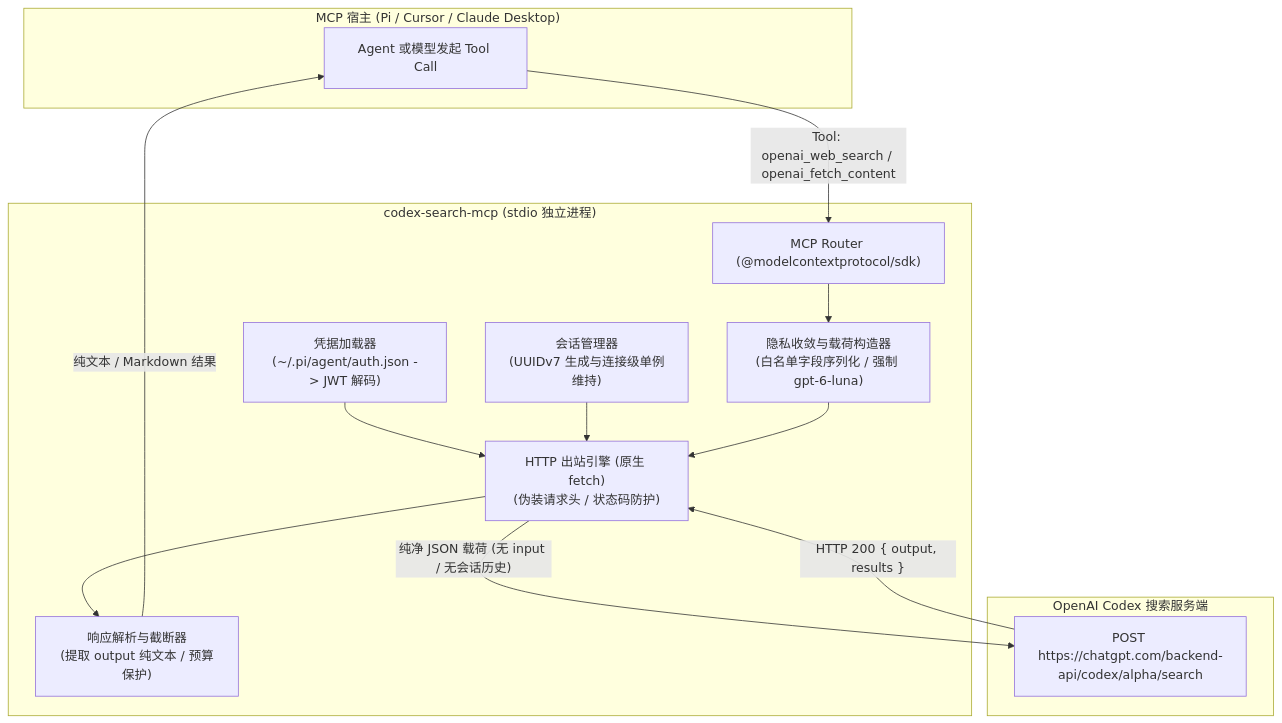
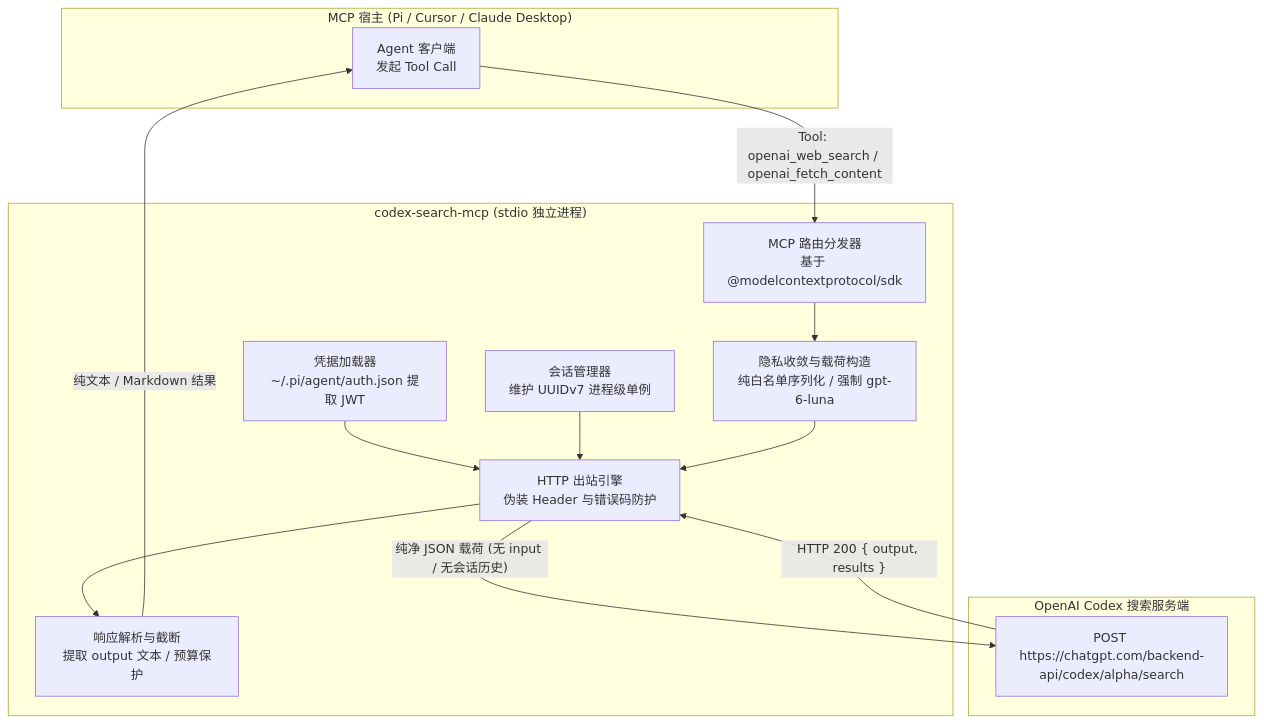
One commit to 0xTimi2233/codex-search-mcp changed the diagram in docs/SPEC.md. Above: the diagram before and after it, drawn with Mermaid.

Commit message:
docs(spec): 将架构流程图更新为标准 flowchart TB 规范

````diff
--- a/docs/SPEC.md
+++ b/docs/SPEC.md
@@ -47,30 +47,30 @@
 ```mermaid
-flowchart TD
+flowchart TB
     subgraph Host["MCP 宿主 (Pi / Cursor / Claude Desktop)"]
-        Caller["Agent 或模型发起 Tool Call"]
+        Caller["Agent 客户端<br>发起 Tool Call"]
     end
 
     subgraph Server["codex-search-mcp (stdio 独立进程)"]
-        Dispatcher["MCP Router (@modelcontextprotocol/sdk)"]
-        AuthModule["凭据加载器<br>(~/.pi/agent/auth.json -> JWT 解码)"]
-        SessionMgr["会话管理器<br>(UUIDv7 生成与连接级单例维持)"]
-        Sanitizer["隐私收敛与载荷构造器<br>(白名单字段序列化 / 强制 gpt-6-luna)"]
-        Network["HTTP 出站引擎 (原生 fetch)<br>(伪装请求头 / 状态码防护)"]
-        Parser["响应解析与截断器<br>(提取 output 纯文本 / 预算保护)"]
+        Dispatcher["MCP 路由分发器<br>基于 @modelcontextprotocol/sdk"]
+        AuthModule["凭据加载器<br>~/.pi/agent/auth.json 提取 JWT"]
+        SessionMgr["会话管理器<br>维护 UUIDv7 进程级单例"]
+        Sanitizer["隐私收敛与载荷构造<br>纯白名单序列化 / 强制 gpt-6-luna"]
+        Network["HTTP 出站引擎<br>伪装 Header 与错误码防护"]
+        Parser["响应解析与截断<br>提取 output 文本 / 预算保护"]
 
         Dispatcher --> Sanitizer
         AuthModule --> Network
         SessionMgr --> Network
         Sanitizer --> Network
         Network --> Parser
     end
 
     subgraph Upstream["OpenAI Codex 搜索服务端"]
         Endpoint["POST https://chatgpt.com/backend-api/codex/alpha/search"]
     end
 
     Caller -->|"Tool: openai_web_search / openai_fetch_content"| Dispatcher
     Network -->|"纯净 JSON 载荷 (无 input / 无会话历史)"| Endpoint
     Endpoint -->|"HTTP 200 { output, results }"| Network
     Parser -->|"纯文本 / Markdown 结果"| Caller
 ```
````
